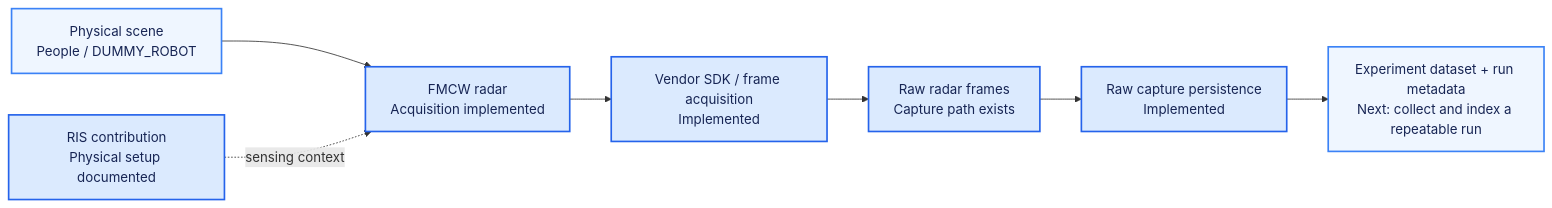
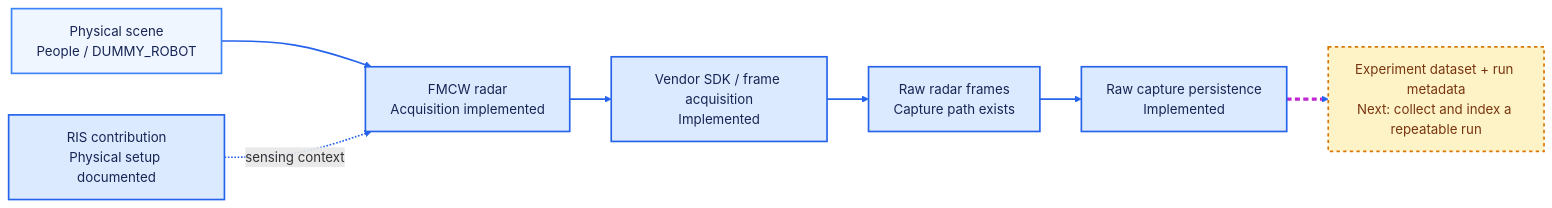
Before and after one commit to kirolossedra/RIS-Robotics: the fourth of 21 diagrams in docs/architecture/system/progress.md, drawn with Mermaid. The commit also changed other lines of this file, not shown here.

````diff
--- a/docs/architecture/system/progress.md
+++ b/docs/architecture/system/progress.md
@@ -75,13 +96,17 @@
 ```mermaid
 flowchart LR
     ENV["Physical scene<br/>People / DUMMY_ROBOT"] --> RADAR["FMCW radar<br/>Acquisition implemented"]
     RIS["RIS contribution<br/>Physical setup documented"] -. "sensing context" .-> RADAR
     RADAR --> SDK["Vendor SDK / frame acquisition<br/>Implemented"] --> FRAME["Raw radar frames<br/>Capture path exists"]
     FRAME --> SAVE["Raw capture persistence<br/>Implemented"]
     SAVE --> DATA["Experiment dataset + run metadata<br/>Next: collect and index a repeatable run"]
 
     classDef done fill:#dbeafe,stroke:#2563eb,color:#172554,stroke-width:2px;
     classDef next fill:#eff6ff,stroke:#3b82f6,color:#172554,stroke-width:2px;
+    classDef planned fill:#fef3c7,stroke:#d97706,color:#78350f,stroke-width:2px,stroke-dasharray:4 4;
     class RADAR,RIS,SDK,FRAME,SAVE done;
-    class ENV,DATA next;
+    class ENV next;
+    class DATA planned;
+    linkStyle default stroke:#2563eb,stroke-width:2px;
+    linkStyle 5 stroke:#c026d3,stroke-width:4px,stroke-dasharray:6 4;
 ```
````
